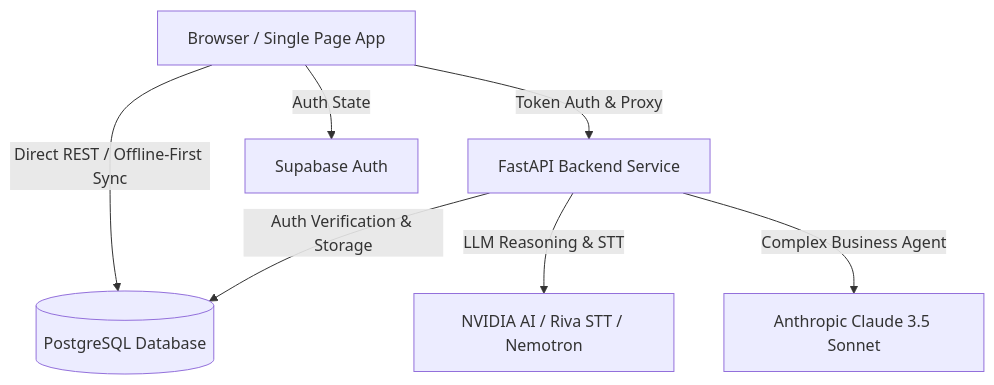
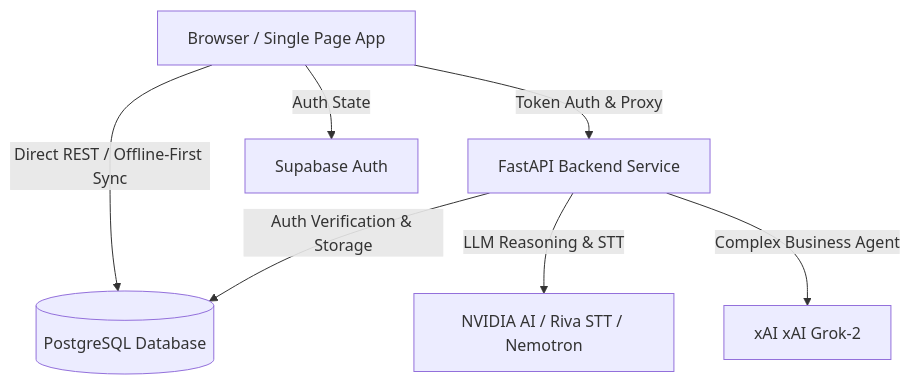
One commit to Ayushpatel0329/bollbill changed the first of 3 diagrams in README.md. Above: the diagram before and after it, drawn with Mermaid. The commit also changed other lines of this file and 9 other files, not shown here.

Commit message:
chore: remove all Claude/Anthropic references, configure xAI Grok and update dependencies

````diff
--- a/README.md
+++ b/README.md
@@ -23,16 +23,16 @@
 ```mermaid
 graph TD
     Client[Browser / Single Page App]
     Backend[FastAPI Backend Service]
     SupabaseAuth[Supabase Auth]
     SupabaseDB[(PostgreSQL Database)]
     NVIDIA[NVIDIA AI / Riva STT / Nemotron]
-    Claude[Anthropic Claude 3.5 Sonnet]
+    Grok[xAI xAI Grok-2]
 
     Client -->|Direct REST / Offline-First Sync| SupabaseDB
     Client -->|Token Auth & Proxy| Backend
     Client -->|Auth State| SupabaseAuth
     Backend -->|Auth Verification & Storage| SupabaseDB
     Backend -->|LLM Reasoning & STT| NVIDIA
-    Backend -->|Complex Business Agent| Claude
+    Backend -->|Complex Business Agent| Grok
 ```
````
